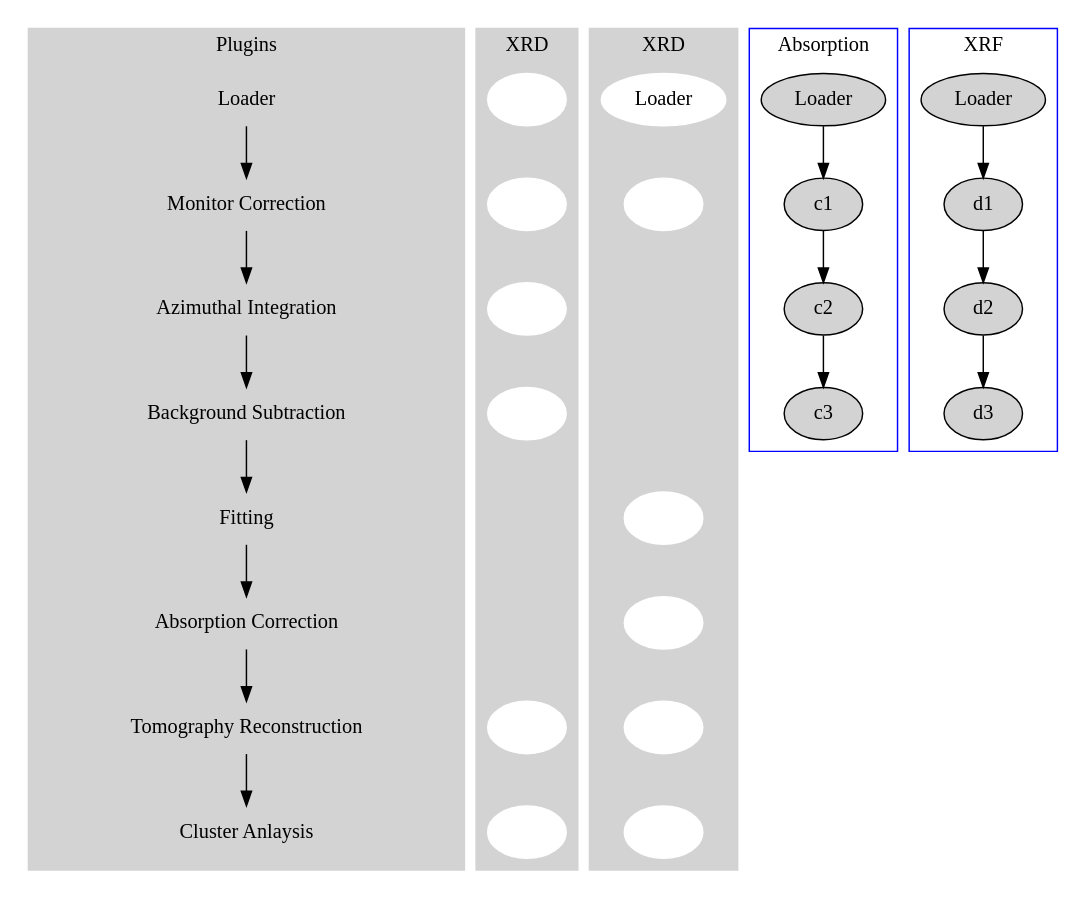
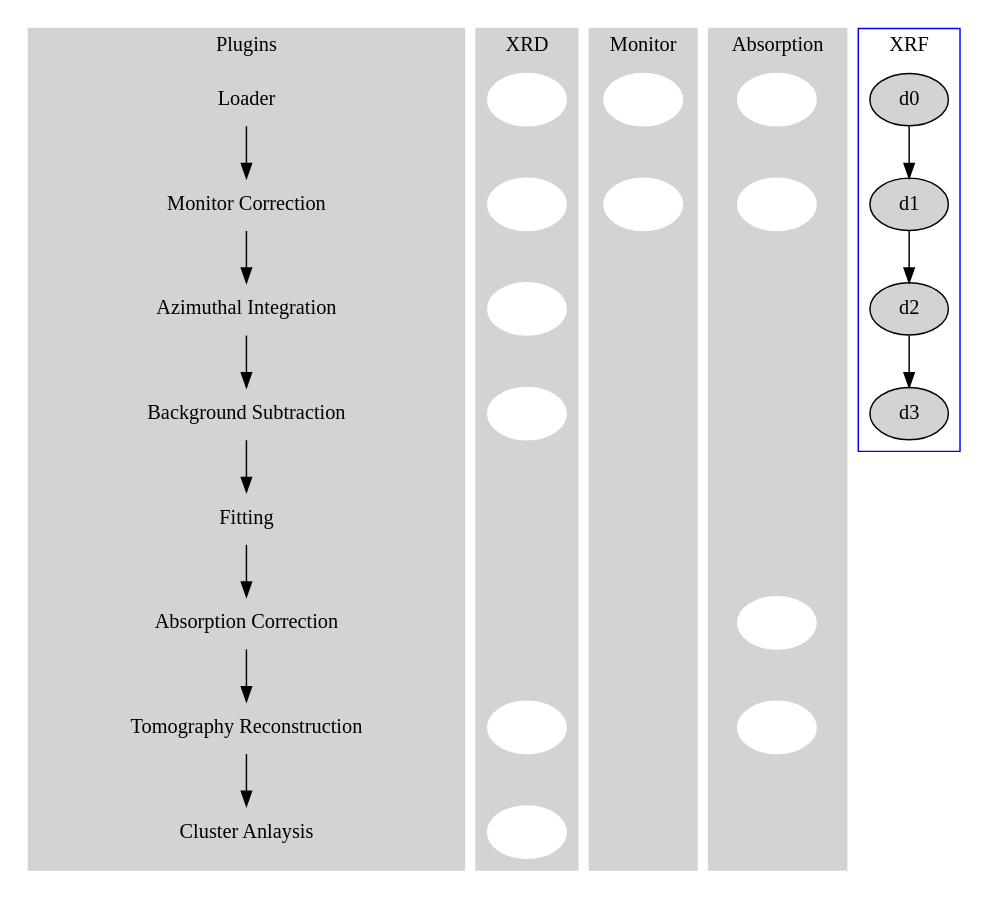
One commit to markbasham/graphviz_tests changed the diagram in test1.dot. Above: the diagram before and after it, drawn with Graphviz.

```diff
--- a/test1.dot
+++ b/test1.dot
@@ -1,59 +1,64 @@
+
 digraph G {
 
 	subgraph cluster_start {
 		style=filled;
 		color=lightgrey;
 		node [color=lightgrey];
                 z0 -> z1 -> z2 -> z3 -> z4 -> z5 -> z6 -> z7         
 		label = "Plugins";
 	}
 
 	subgraph cluster_0 {
 		style=filled;
 		color=lightgrey;
 		node [style=filled, color=white, label=""];
                 a0 -> a1 -> a2 -> a3 -> a4 -> a5 -> a6 -> a7 [style=invis];
                 a4 [style=invis];
                 a5 [style=invis];            
 		label = "XRD";
 	}
 
 	subgraph cluster_1 {
 		style=filled;
 		color=lightgrey;
 		node [style=filled, color=white, label=""];
                 b0 -> b1 -> b2 -> b3 -> b4 -> b5 -> b6 -> b7 [style=invis];
-                b2, b3 [style=invis];
-		label = "XRD";
+                b2 [style=invis];
+                b3 [style=invis];
+                b4 [style=invis];
+                b5 [style=invis];
+                b6 [style=invis];
+                b7 [style=invis];
+		label = "Monitor";
 	}
 
 	subgraph cluster_2 {
-		node [style=filled];
-		c0 -> c1 -> c2 -> c3;
+		style=filled;
+		color=lightgrey;
+		node [style=filled, color=white, label=""];
+                c0 -> c1 -> c2 -> c3 -> c4 -> c5 -> c6 -> c7 [style=invis];
+                c2 [style=invis];
+                c3 [style=invis];
+                c4 [style=invis];
+                c7 [style=invis];
 		label = "Absorption";
-		color=blue
 	}
 
 	subgraph cluster_3 {
 		node [style=filled];
 		d0 -> d1 -> d2 -> d3;
 		label = "XRF";
 		color=blue
 	}
 
         z0 [label="Loader"]
         z1 [label="Monitor Correction"]
         z2 [label="Azimuthal Integration"]
         z3 [label="Background Subtraction"]
         z4 [label="Fitting"]
         z5 [label="Absorption Correction"]
         z6 [label="Tomography Reconstruction"]
-        z7 [label="Cluster Anlaysis"]
-
-        b0 [label="Loader"]
-        c0 [label="Loader"]
-        d0 [label="Loader"]
-
-      
+        z7 [label="Cluster Anlaysis"]    
 
 }
```
